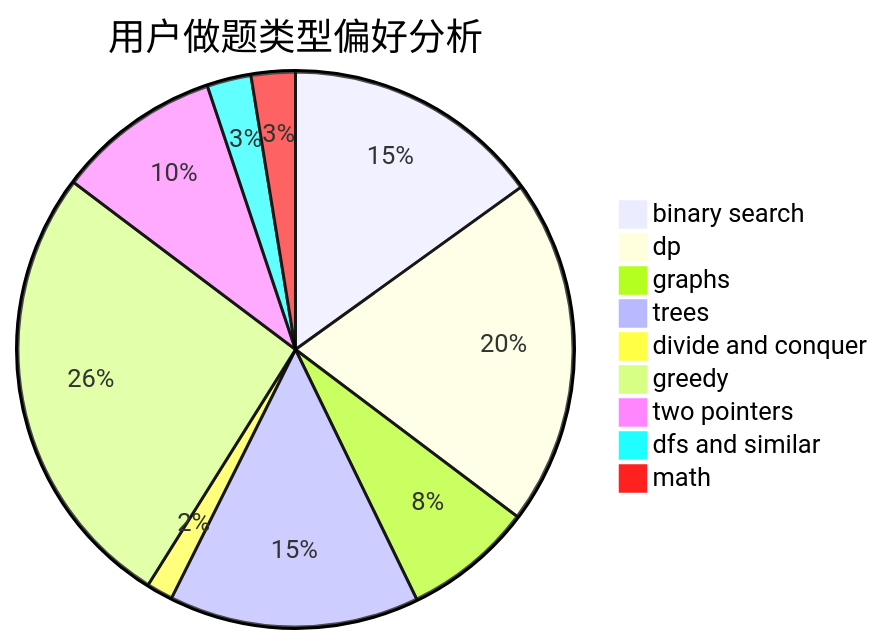
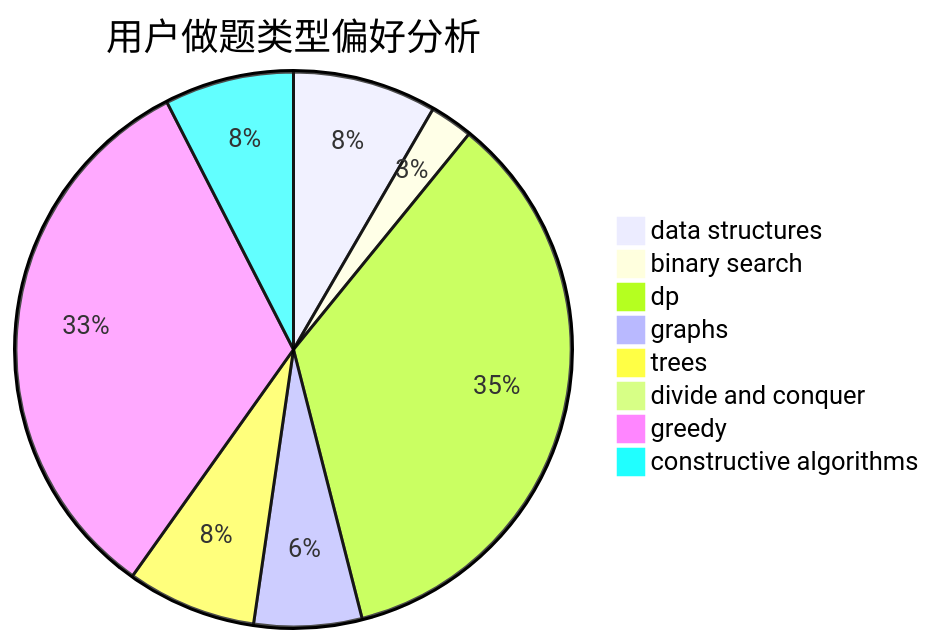
One commit to sherpahu/cfrs.github.io changed the second of 3 diagrams in docs/user/u1136.md. Above: the diagram before and after it, drawn with Mermaid. The commit also changed other lines of this file and 2775 other files, not shown here.

````diff
--- a/docs/user/u1136.md
+++ b/docs/user/u1136.md
@@ -23,12 +23,11 @@
 ```mermaid
 pie title 用户做题类型偏好分析
-    "binary search" :  88
-    "dp" :  118
-    "graphs" :  44
-    "trees" :  85
-    "divide and conquer" :  9
-    "greedy" :  154
-    "two pointers" :  56
-    "dfs and similar" :  15
-    "math" :  15
+    "data structures" :  20
+    "binary search" :  6
+    "dp" :  84
+    "graphs" :  15
+    "trees" :  18
+    "divide and conquer" :  0
+    "greedy" :  78
+    "constructive algorithms" :  18
 ```
````
